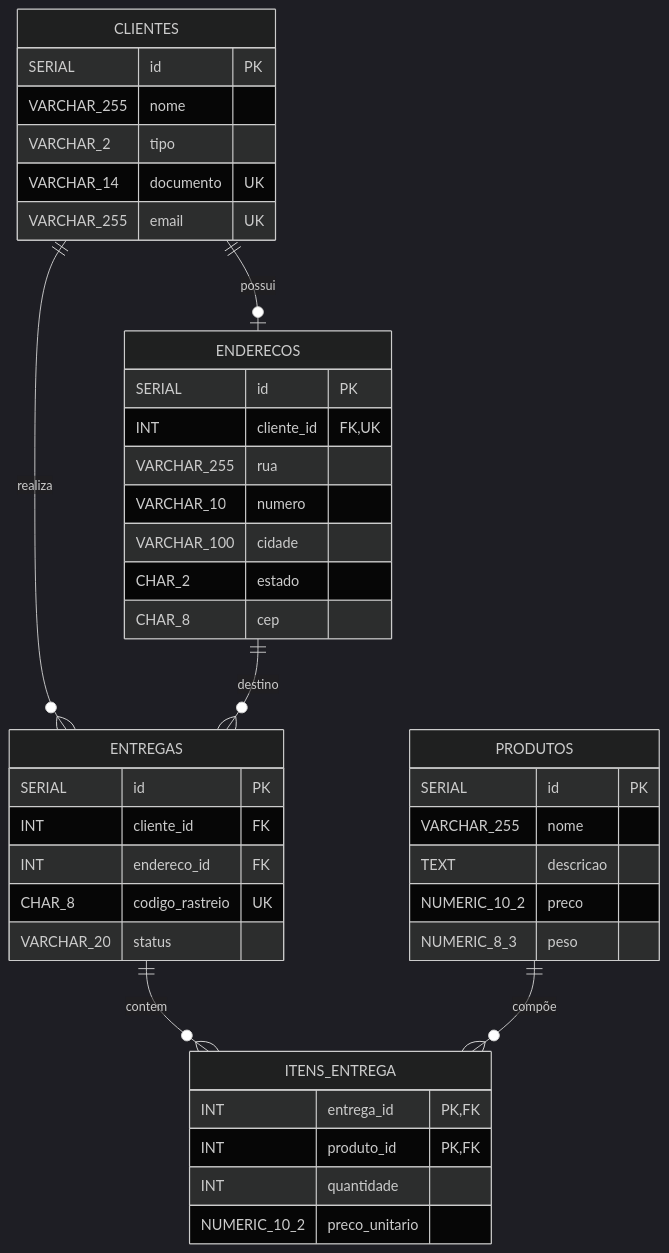
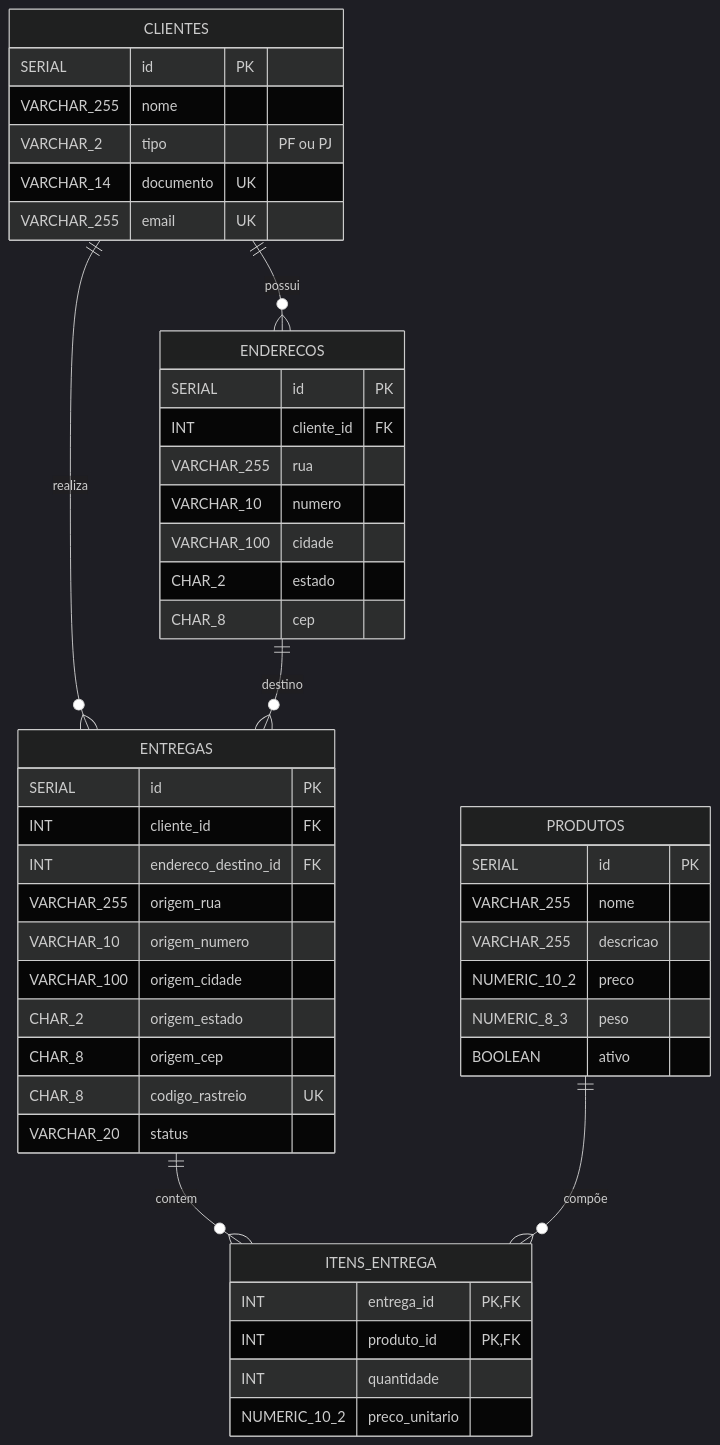
The diagram in README.md (DneyDev/desafioJava_GW), drawn with Mermaid (dark theme) before and after one commit. The commit also changed other lines of this file, not shown here.

````diff
--- a/README.md
+++ b/README.md
@@ -50,50 +92,56 @@
 ```mermaid
 erDiagram
 
     CLIENTES {
         SERIAL id PK
         VARCHAR_255 nome
-        VARCHAR_2 tipo
+        VARCHAR_2 tipo "PF ou PJ"
         VARCHAR_14 documento UK
         VARCHAR_255 email UK
     }
 
     ENDERECOS {
         SERIAL id PK
-        INT cliente_id FK, UK
+        INT cliente_id FK
         VARCHAR_255 rua
         VARCHAR_10 numero
         VARCHAR_100 cidade
         CHAR_2 estado
         CHAR_8 cep
     }
 
     PRODUTOS {
         SERIAL id PK
         VARCHAR_255 nome
-        TEXT descricao
+        VARCHAR_255 descricao
         NUMERIC_10_2 preco
         NUMERIC_8_3 peso
+        BOOLEAN ativo
     }
 
     ENTREGAS {
         SERIAL id PK
         INT cliente_id FK
-        INT endereco_id FK
+        INT endereco_destino_id FK
+        VARCHAR_255 origem_rua
+        VARCHAR_10 origem_numero
+        VARCHAR_100 origem_cidade
+        CHAR_2 origem_estado
+        CHAR_8 origem_cep
         CHAR_8 codigo_rastreio UK
         VARCHAR_20 status
     }
 
     ITENS_ENTREGA {
         INT entrega_id PK, FK
         INT produto_id PK, FK
         INT quantidade
         NUMERIC_10_2 preco_unitario
     }
 
-    CLIENTES ||--o| ENDERECOS : "possui"
+    CLIENTES ||--o{ ENDERECOS : "possui"
     CLIENTES ||--o{ ENTREGAS : "realiza"
     ENDERECOS ||--o{ ENTREGAS : "destino"
     ENTREGAS ||--o{ ITENS_ENTREGA : "contem"
     PRODUTOS ||--o{ ITENS_ENTREGA : "compõe"
 ```
````
